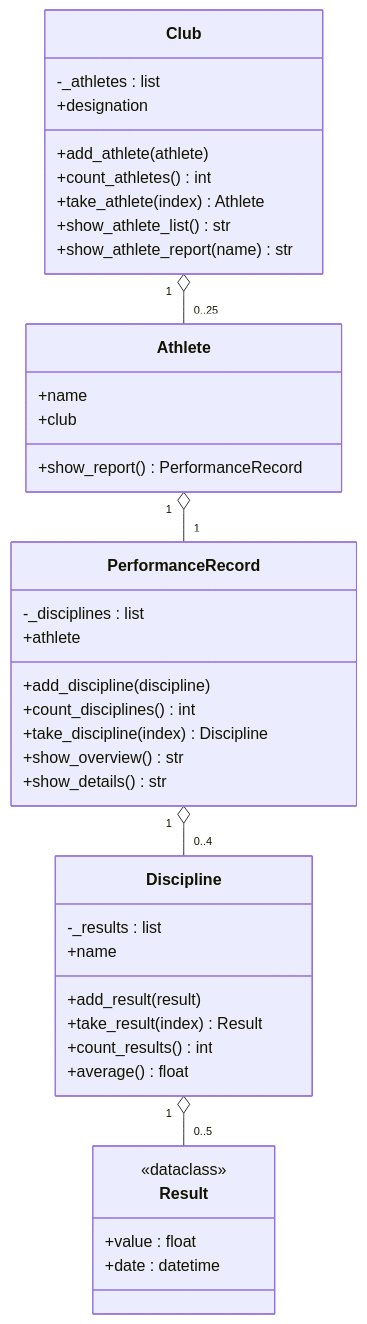
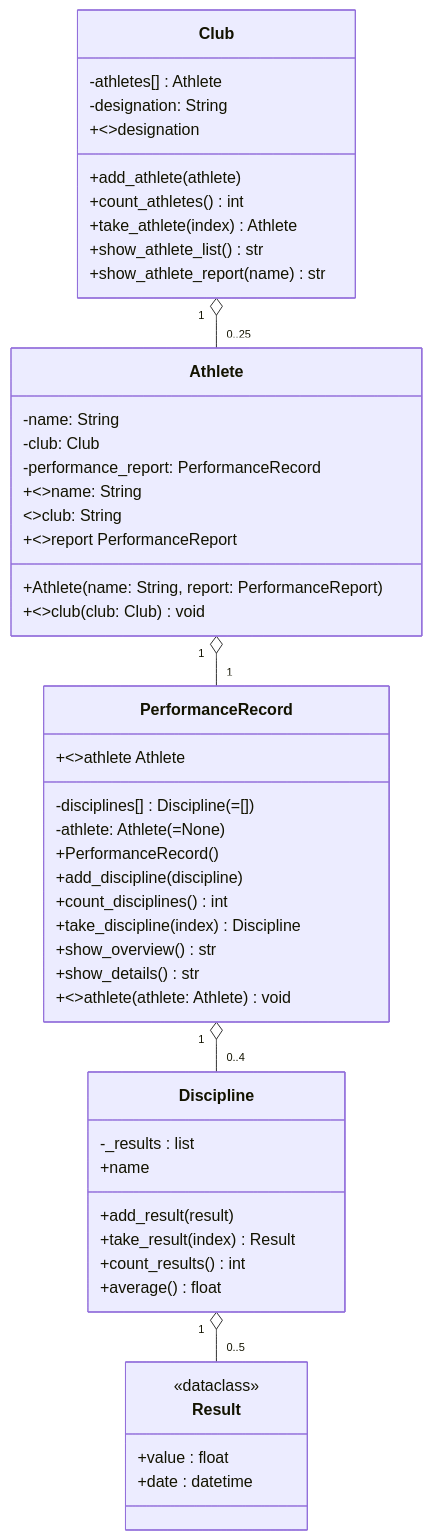
One commit to templates-python/m320-lu09-a02-sports changed the diagram in Aufgabenstellung.md. Above: the diagram before and after it, drawn with Mermaid.

````diff
--- a/Aufgabenstellung.md
+++ b/Aufgabenstellung.md
@@ -22,44 +22,53 @@
 ```mermaid
 classDiagram
     class Club {
-        -_athletes : list
-        +designation
+        -athletes[] : Athlete
+        -designation: String
         +add_athlete(athlete)
         +count_athletes() int
         +take_athlete(index) Athlete
         +show_athlete_list() str
         +show_athlete_report(name) str
+        +<<prop>>designation
     }
     class Athlete {
-        +name
-        +club
-        +show_report() PerformanceRecord
+        -name: String
+        -club: Club
+        -performance_report: PerformanceRecord
+        +Athlete(name: String, report: PerformanceReport)
+        +<<prop>>name: String
+        <<prop>>club: String
+        +<<setter>>club (club: Club) void
+        +<<prop>>report PerformanceReport
     }
     class PerformanceRecord {
-        -_disciplines : list
-        +athlete
+        -disciplines[] : Discipline (=[])
+        -athlete: Athlete (=None)
+        +PerformanceRecord()
         +add_discipline(discipline)
         +count_disciplines() int
         +take_discipline(index) Discipline
         +show_overview() str
         +show_details() str
+        +<<prop>>athlete Athlete
+        +<<setter>>athlete(athlete: Athlete) void
     }
     class Discipline {
         -_results : list
         +name
         +add_result(result)
         +take_result(index) Result
         +count_results() int
         +average() float
     }
     class Result {
         <<dataclass>>
         +value : float
         +date : datetime
     }
 
     Club "1" o-- "0..25" Athlete
     Athlete "1" o-- "1" PerformanceRecord
     PerformanceRecord "1" o-- "0..4" Discipline
     Discipline "1" o-- "0..5" Result
 ```
````
